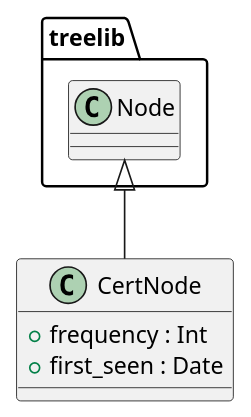
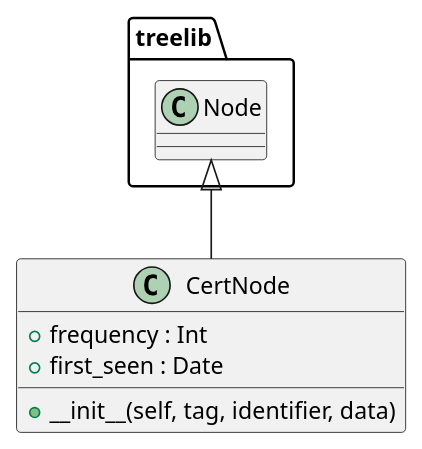
The second of 5 diagrams in UML/Classes.puml (SebBil/PcapAnalyse), drawn with PlantUML before and after one commit. The commit also changed other lines of this file and 4 other files, not shown here.

```diff
--- a/UML/Classes.puml
+++ b/UML/Classes.puml
@@ -14,7 +16,9 @@
 @startuml
 class CertNode {
     + frequency : Int
     + first_seen : Date
+
+    + __init__(self, tag, identifier, data)
 }
 treelib.Node <|-- CertNode
 @enduml
```
